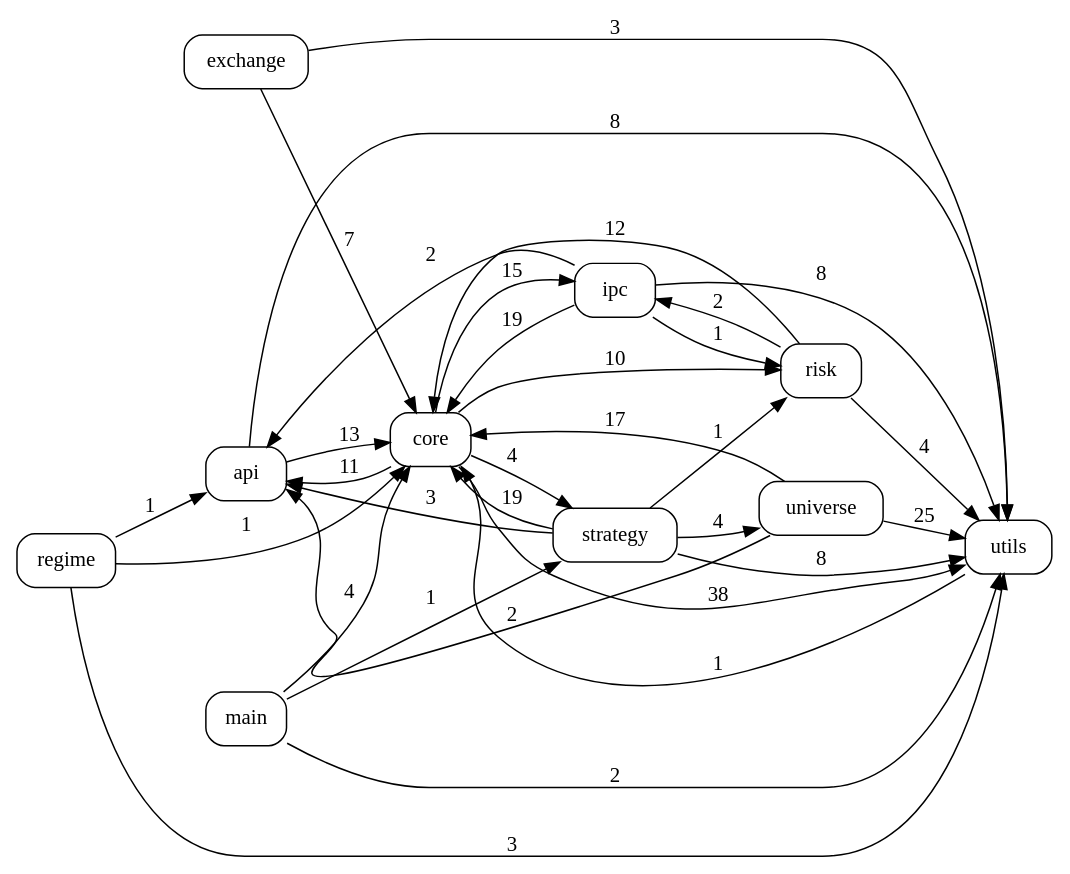
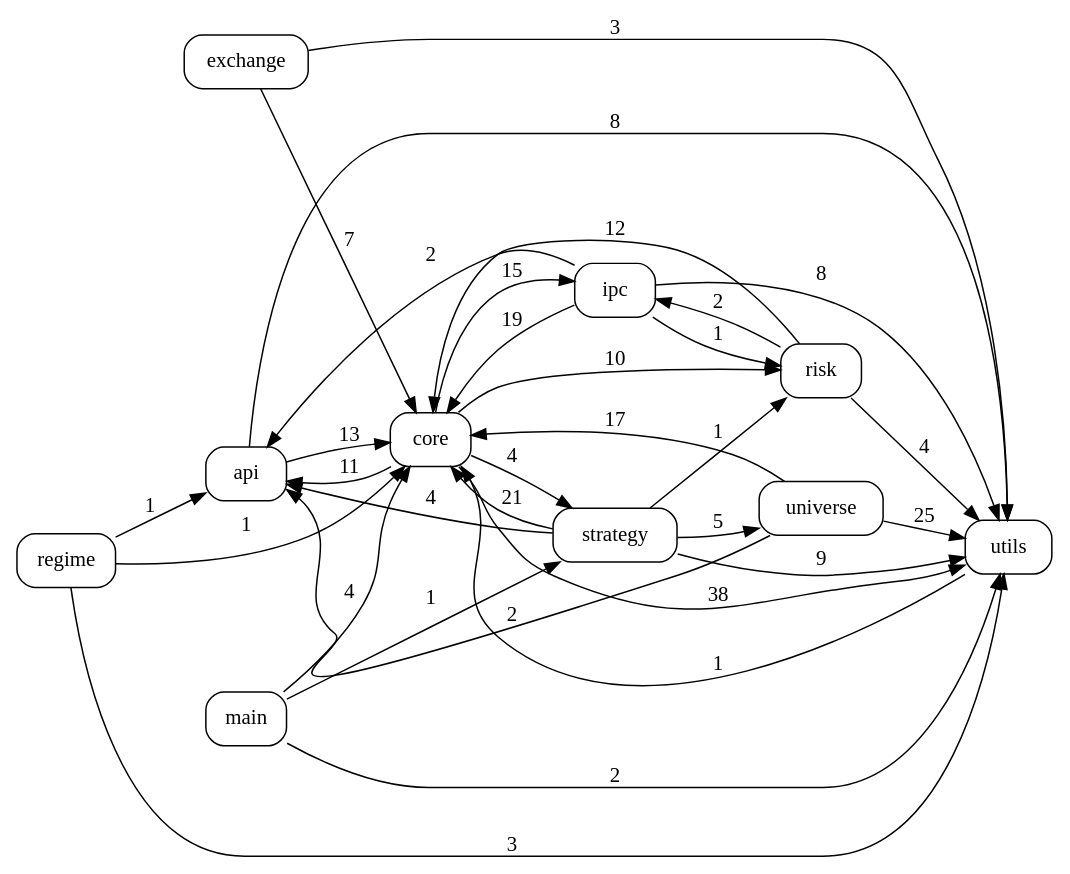
One commit to pypy8171/Quant changed the diagram in docs/code_graph.dot. Above: the diagram before and after it, drawn with Graphviz. The commit also changed 11 other files, not shown here.

```diff
--- a/docs/code_graph.dot
+++ b/docs/code_graph.dot
@@ -1,45 +1,45 @@
 digraph code_graph {
   rankdir=LR;
   node [shape=box, style=rounded, fontname="Consolas"];
   "api";
   "core";
   "exchange";
   "ipc";
   "main";
   "regime";
   "risk";
   "strategy";
   "universe";
   "utils";
   "api" -> "core" [label="13"];
   "api" -> "utils" [label="8"];
   "core" -> "api" [label="11"];
   "core" -> "ipc" [label="15"];
   "core" -> "risk" [label="10"];
   "core" -> "strategy" [label="4"];
   "core" -> "utils" [label="38"];
   "exchange" -> "core" [label="7"];
   "exchange" -> "utils" [label="3"];
   "ipc" -> "api" [label="2"];
   "ipc" -> "core" [label="19"];
   "ipc" -> "risk" [label="1"];
   "ipc" -> "utils" [label="8"];
   "main" -> "core" [label="4"];
   "main" -> "strategy" [label="1"];
   "main" -> "utils" [label="2"];
   "regime" -> "api" [label="1"];
   "regime" -> "core" [label="1"];
   "regime" -> "utils" [label="3"];
   "risk" -> "core" [label="12"];
   "risk" -> "ipc" [label="2"];
   "risk" -> "utils" [label="4"];
-  "strategy" -> "api" [label="3"];
-  "strategy" -> "core" [label="19"];
+  "strategy" -> "api" [label="4"];
+  "strategy" -> "core" [label="21"];
   "strategy" -> "risk" [label="1"];
-  "strategy" -> "universe" [label="4"];
-  "strategy" -> "utils" [label="8"];
+  "strategy" -> "universe" [label="5"];
+  "strategy" -> "utils" [label="9"];
   "universe" -> "api" [label="2"];
   "universe" -> "core" [label="17"];
   "universe" -> "utils" [label="25"];
   "utils" -> "core" [label="1"];
 }
```
